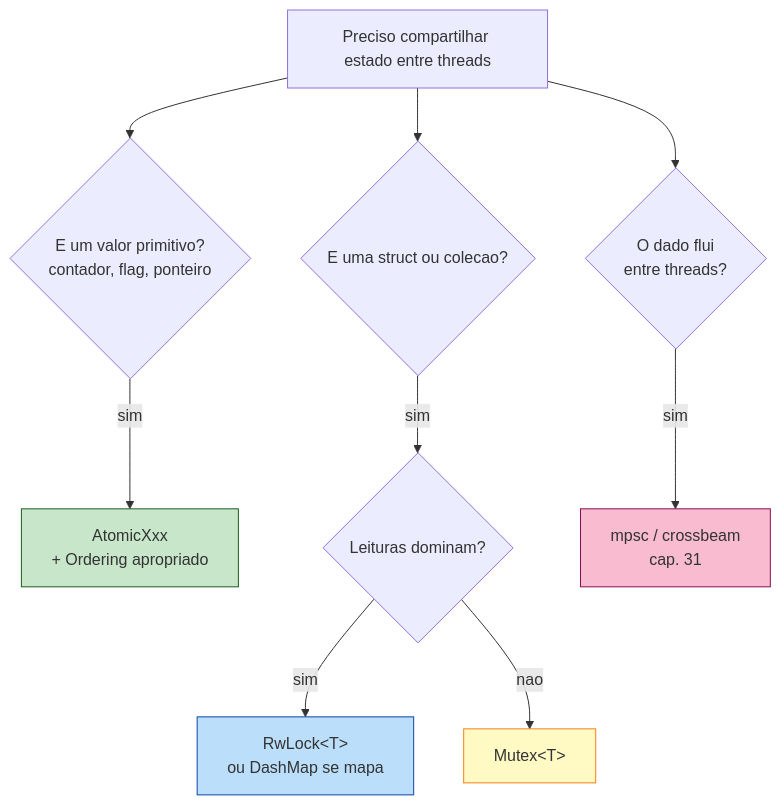
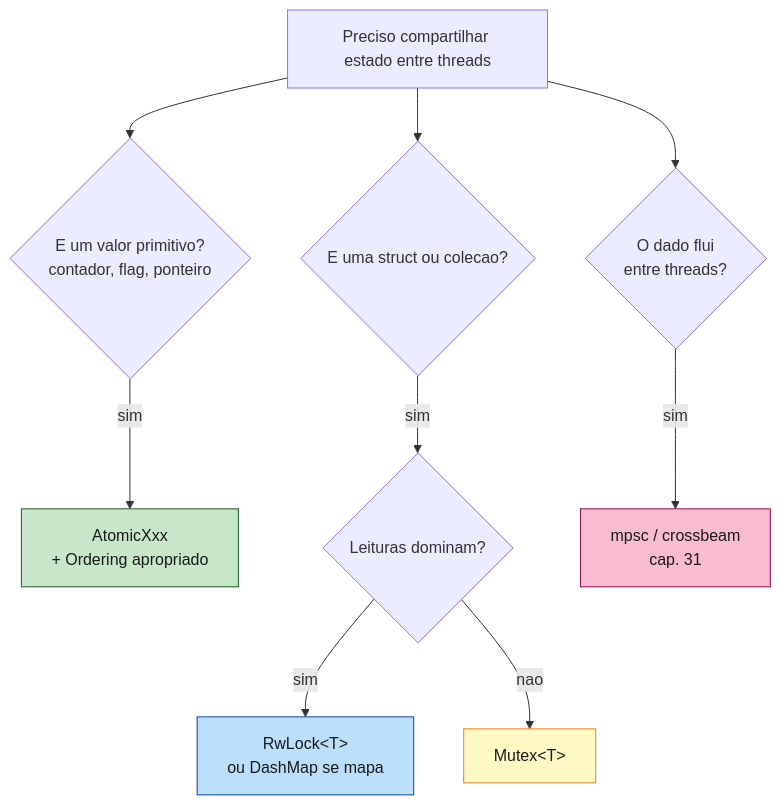
One commit to Felipeness/ferro-e-espirito changed the second of 2 diagrams in book/part-11-concurrency/ch32-mutex-atomics.md. Above: the diagram before and after it, drawn with Mermaid. The commit also changed other lines of this file and 56 other files, not shown here.

First line of the commit message:
fix: contraste de texto em diagramas mermaid

````diff
--- a/book/part-11-concurrency/ch32-mutex-atomics.md
+++ b/book/part-11-concurrency/ch32-mutex-atomics.md
@@ -425,20 +425,20 @@
 ```mermaid
 graph TB
     Q[Preciso compartilhar estado entre threads]
 
     Q --> One{E um valor primitivo?<br/>contador, flag, ponteiro}
     One -->|sim| Atomic[AtomicXxx<br/>+ Ordering apropriado]
 
     Q --> Many{E uma struct ou colecao?}
     Many -->|sim| ReadHeavy{Leituras dominam?}
     ReadHeavy -->|sim| RwLock[RwLock&lt;T&gt;<br/>ou DashMap se mapa]
     ReadHeavy -->|nao| Mutex[Mutex&lt;T&gt;]
 
     Q --> Flow{O dado flui<br/>entre threads?}
     Flow -->|sim| Channel[mpsc / crossbeam<br/>cap. 31]
 
-    style Atomic fill:#c8e6c9,stroke:#1b5e20
-    style RwLock fill:#bbdefb,stroke:#0d47a1
-    style Mutex fill:#fff9c4,stroke:#f57f17
-    style Channel fill:#f8bbd0,stroke:#880e4f
+    style Atomic fill:#c8e6c9,stroke:#1b5e20,color:#1a1a1a
+    style RwLock fill:#bbdefb,stroke:#0d47a1,color:#1a1a1a
+    style Mutex fill:#fff9c4,stroke:#f57f17,color:#1a1a1a
+    style Channel fill:#f8bbd0,stroke:#880e4f,color:#1a1a1a
 ```
````
